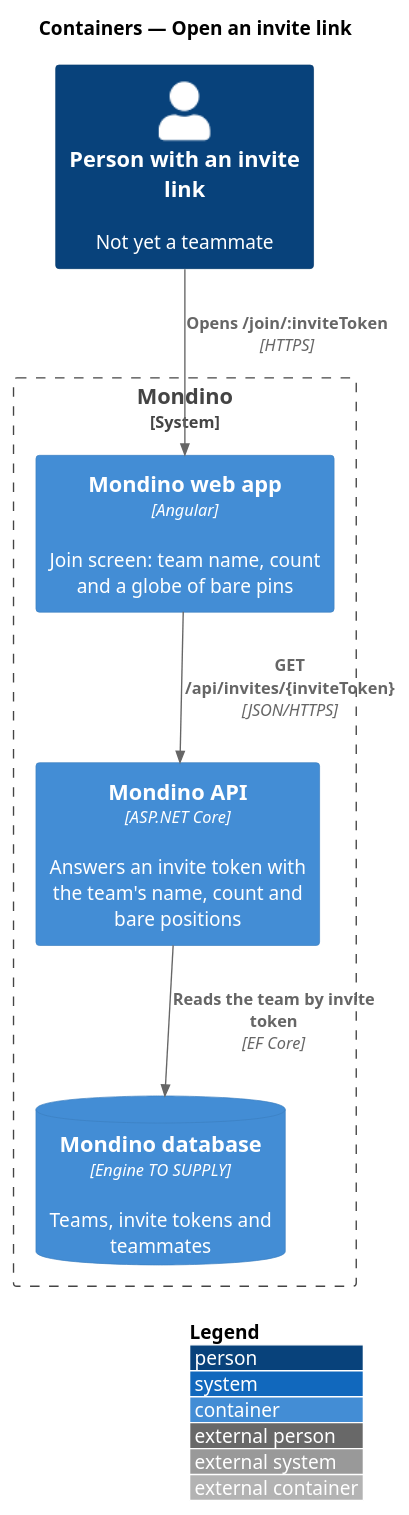
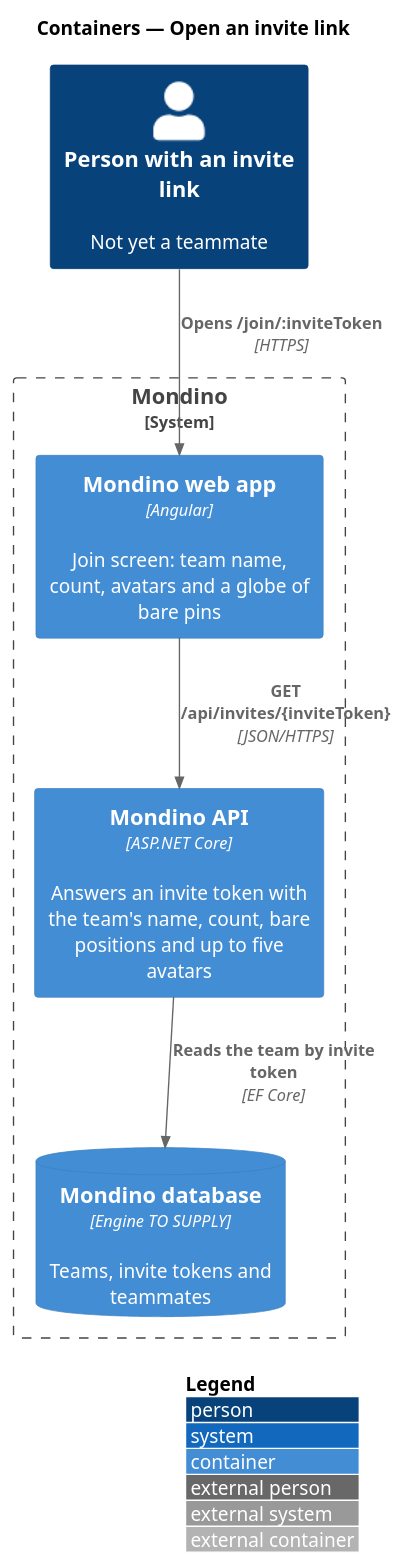
Before and after one commit to QuinntyneBrown/Mondino: the diagram in docs/detailed-designs/joining/open-invite-link/diagrams/c4-container.puml, drawn with PlantUML. The commit also changed 11 other files, not shown here.

```diff
--- a/docs/detailed-designs/joining/open-invite-link/diagrams/c4-container.puml
+++ b/docs/detailed-designs/joining/open-invite-link/diagrams/c4-container.puml
@@ -1,15 +1,15 @@
 @startuml
 !include <C4/C4_Container>
 LAYOUT_WITH_LEGEND()
 title Containers — Open an invite link
 
 Person(person, "Person with an invite link", "Not yet a teammate")
 System_Boundary(mondino, "Mondino") {
-  Container(web, "Mondino web app", "Angular", "Join screen: team name, count and a globe of bare pins")
-  Container(api, "Mondino API", "ASP.NET Core", "Answers an invite token with the team's name, count and bare positions")
+  Container(web, "Mondino web app", "Angular", "Join screen: team name, count, avatars and a globe of bare pins")
+  Container(api, "Mondino API", "ASP.NET Core", "Answers an invite token with the team's name, count, bare positions and up to five avatars")
   ContainerDb(db, "Mondino database", "Engine TO SUPPLY", "Teams, invite tokens and teammates")
 }
 Rel(person, web, "Opens /join/:inviteToken", "HTTPS")
 Rel(web, api, "GET /api/invites/{inviteToken}", "JSON/HTTPS")
 Rel(api, db, "Reads the team by invite token", "EF Core")
 @enduml
```
